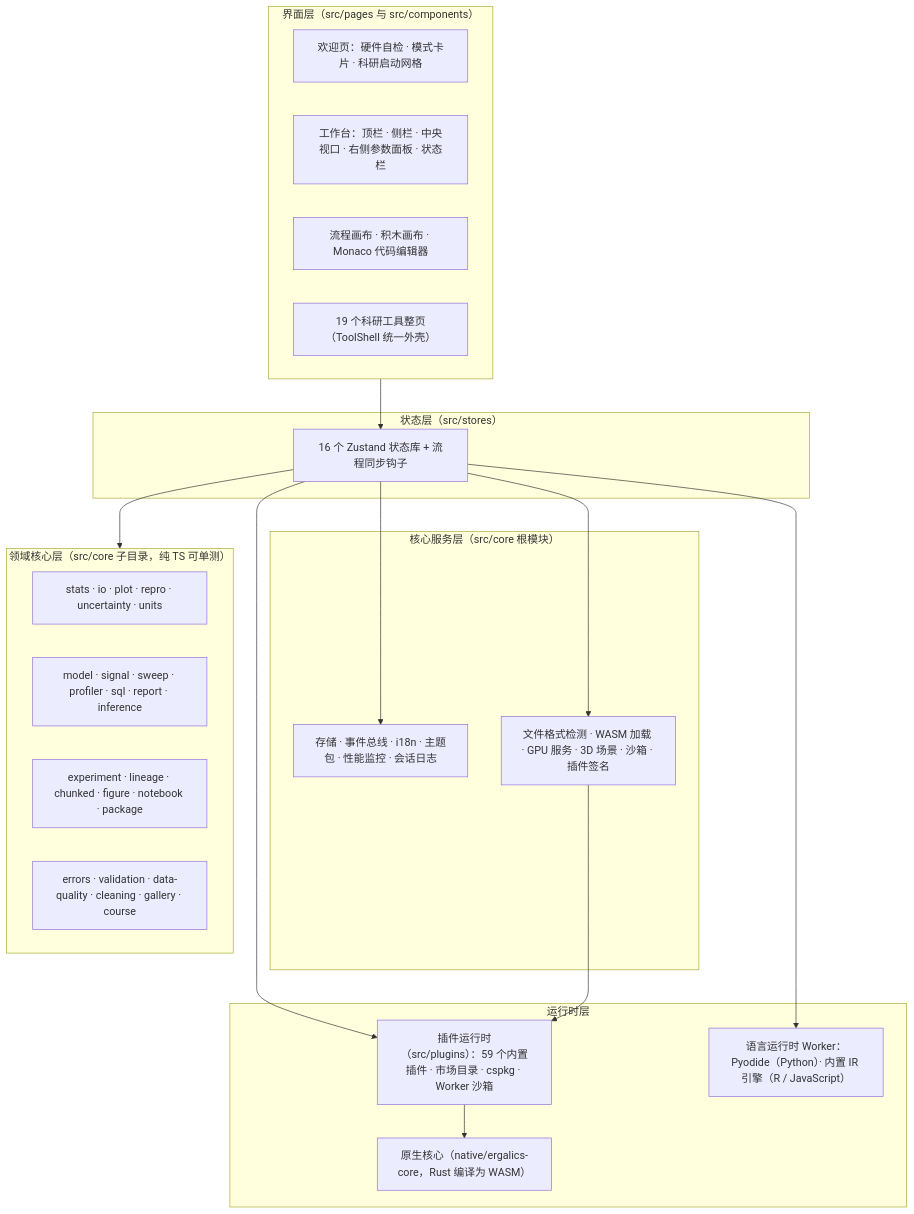
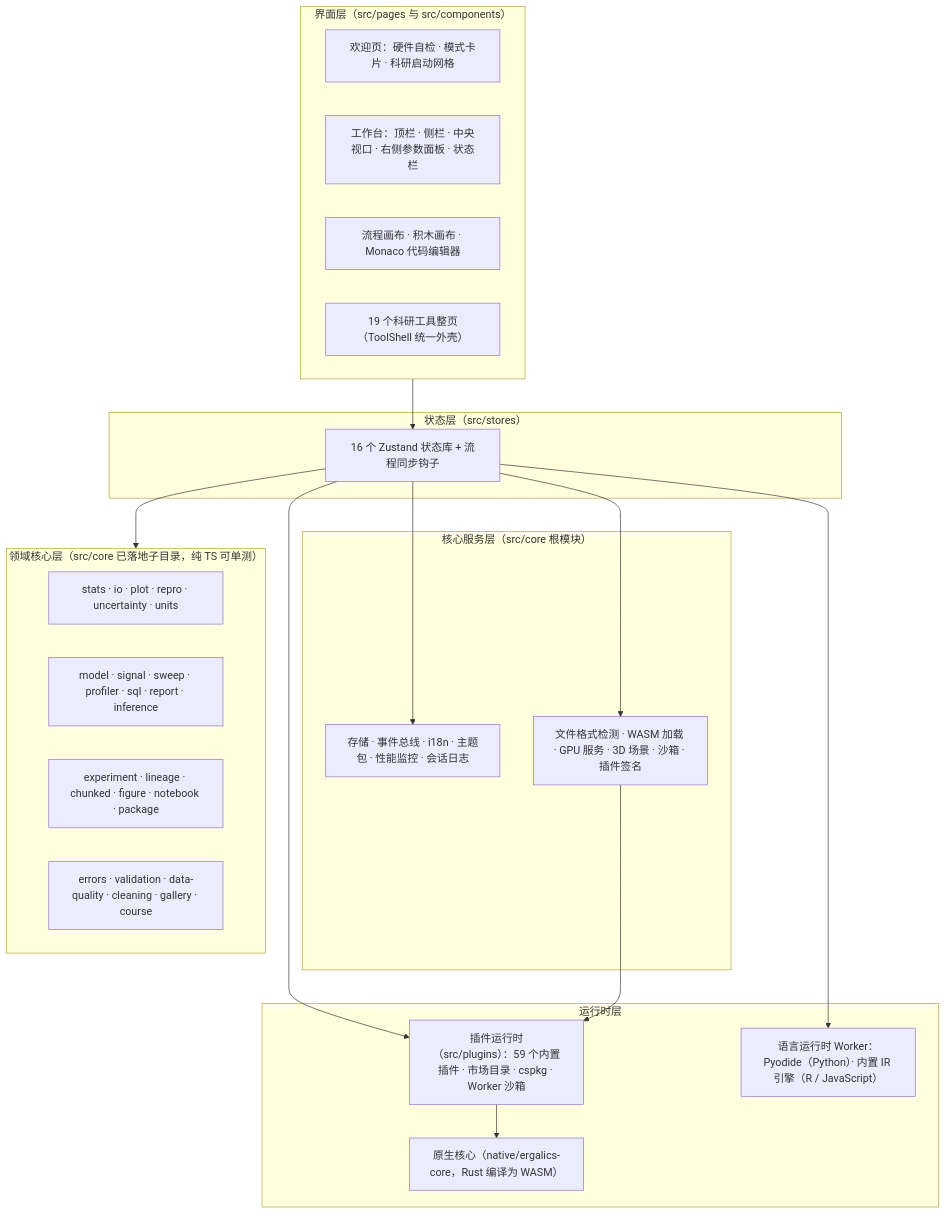
One commit to SnowLeopard-io/ErgalicsStudio changed the first of 3 diagrams in docs/technical/02-系统架构.md. Above: the diagram before and after it, drawn with Mermaid. The commit also changed other lines of this file and 36 other files, not shown here.

````diff
--- a/docs/technical/02-系统架构.md
+++ b/docs/technical/02-系统架构.md
@@ -9,35 +9,35 @@
 ```mermaid
 flowchart TB
     subgraph L1["界面层（src/pages 与 src/components）"]
         A1["欢迎页：硬件自检 · 模式卡片 · 科研启动网格"]
         A2["工作台：顶栏 · 侧栏 · 中央视口 · 右侧参数面板 · 状态栏"]
         A3["流程画布 · 积木画布 · Monaco 代码编辑器"]
         A4["19 个科研工具整页（ToolShell 统一外壳）"]
     end
     subgraph L2["状态层（src/stores）"]
         B1["16 个 Zustand 状态库 + 流程同步钩子"]
     end
     subgraph L3["核心服务层（src/core 根模块）"]
         C1["存储 · 事件总线 · i18n · 主题包 · 性能监控 · 会话日志"]
         C2["文件格式检测 · WASM 加载 · GPU 服务 · 3D 场景 · 沙箱 · 插件签名"]
     end
-    subgraph L35["领域核心层（src/core 子目录，纯 TS 可单测）"]
+    subgraph L35["领域核心层（src/core 已落地子目录，纯 TS 可单测）"]
         E1["stats · io · plot · repro · uncertainty · units"]
         E2["model · signal · sweep · profiler · sql · report · inference"]
         E3["experiment · lineage · chunked · figure · notebook · package"]
         E4["errors · validation · data-quality · cleaning · gallery · course"]
     end
     subgraph L4["运行时层"]
         D1["插件运行时（src/plugins）：59 个内置插件 · 市场目录 · cspkg · Worker 沙箱"]
         D2["原生核心（native/ergalics-core，Rust 编译为 WASM）"]
         D3["语言运行时 Worker：Pyodide（Python）· 内置 IR 引擎（R / JavaScript）"]
     end
     L1 --> B1
     B1 --> C1
     B1 --> C2
     B1 --> L35
     B1 --> D1
     C2 --> D1
     D1 --> D2
     B1 --> D3
 ```
````
